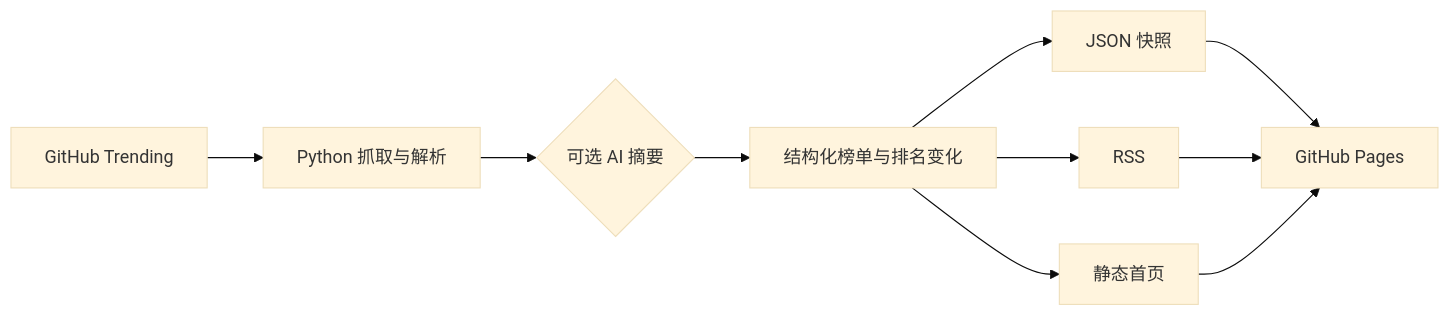
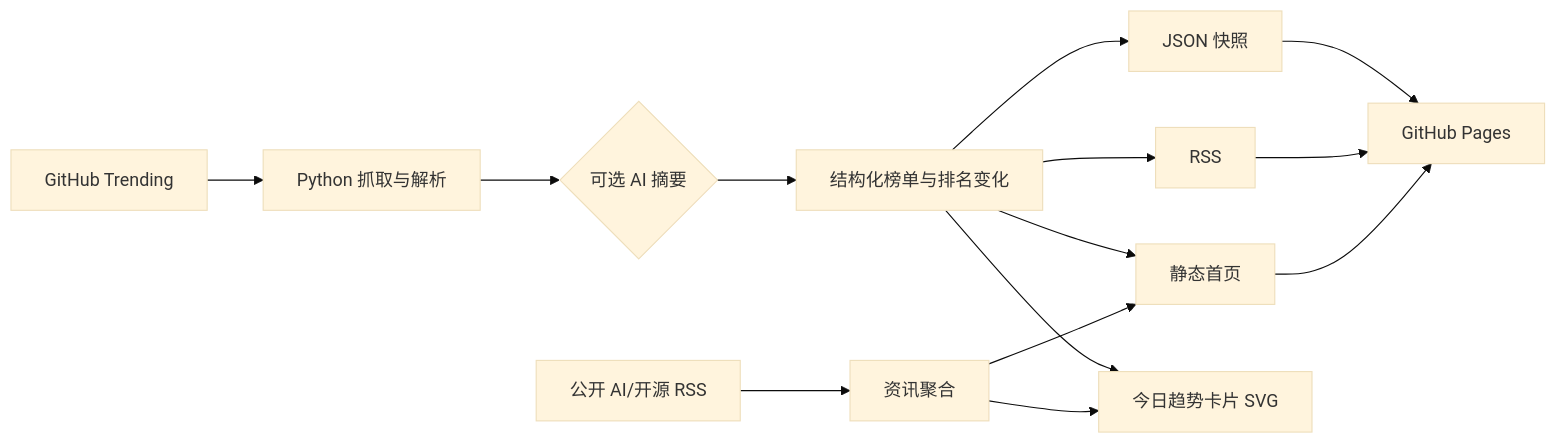
One commit to Ibook000/GithubTrending changed the diagram in README.md. Above: the diagram before and after it, drawn with Mermaid (base theme). The commit also changed other lines of this file and 9 other files, not shown here.

````diff
--- a/README.md
+++ b/README.md
@@ -89,12 +94,16 @@
 ```mermaid
 flowchart LR
     A[GitHub Trending] --> B[Python 抓取与解析]
     B --> C{可选 AI 摘要}
     C --> D[结构化榜单与排名变化]
     D --> E[JSON 快照]
     D --> F[RSS]
     D --> G[静态首页]
+    D --> I[今日趋势卡片 SVG]
+    J[公开 AI/开源 RSS] --> K[资讯聚合]
+    K --> G
+    K --> I
     E --> H[GitHub Pages]
     F --> H
     G --> H
 ```
````
